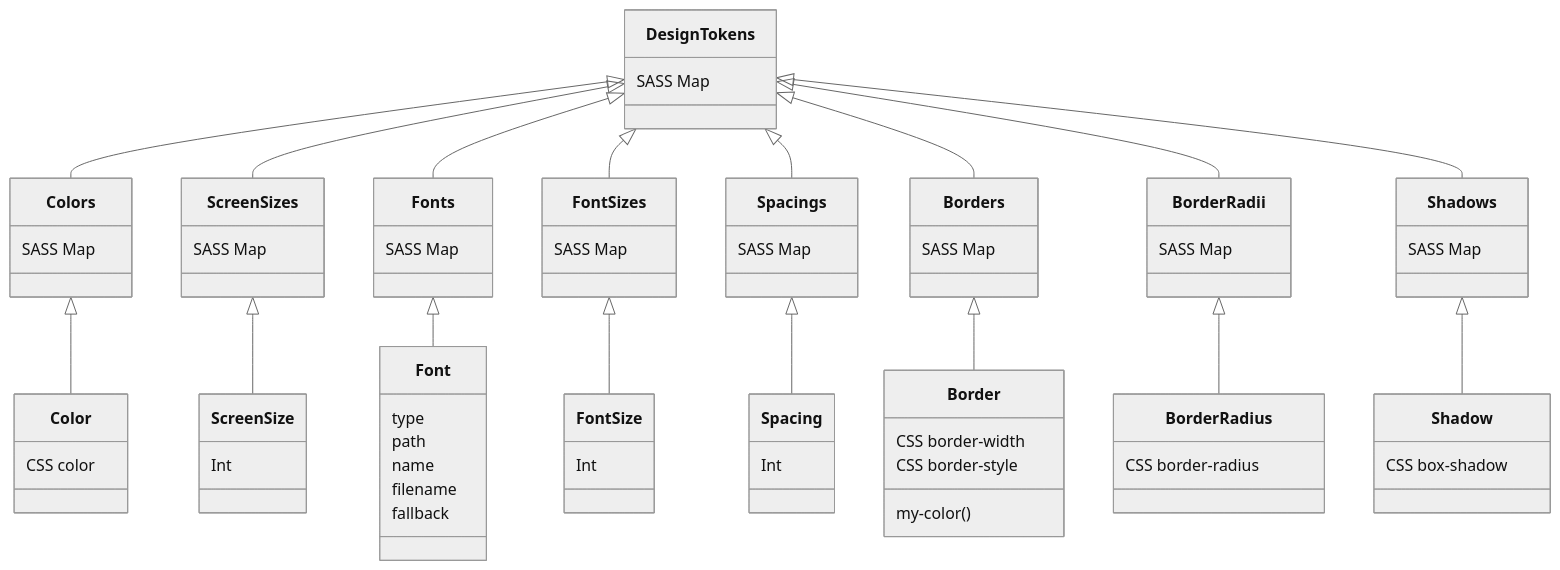
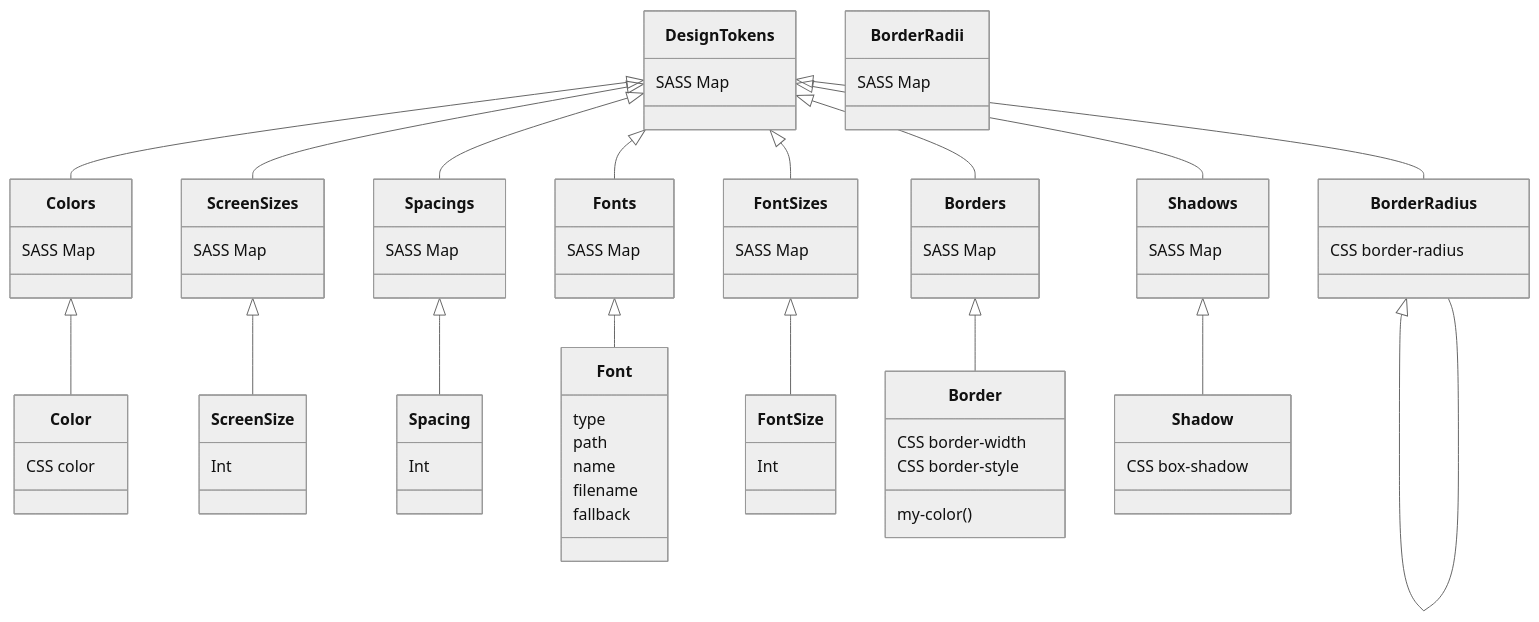
Before and after one commit to ita-design-system/.github: the second of 2 diagrams in README.md, drawn with Mermaid (neutral theme). The commit also changed other lines of this file, not shown here.

Commit message:
Update README.md
fix: typo

````diff
--- a/README.md
+++ b/README.md
@@ -131,76 +131,76 @@
 ```mermaid
 classDiagram
     DesignTokens <|-- Colors
     DesignTokens <|-- ScreenSizes
     DesignTokens <|-- Fonts
     DesignTokens <|-- FontSizes
     DesignTokens <|-- Spacings
     DesignTokens <|-- Borders
-    DesignTokens <|-- BorderRadii
+    DesignTokens <|-- BorderRadius
     DesignTokens <|-- Shadows
     Colors <|-- Color
     ScreenSizes <|-- ScreenSize
     Spacings <|-- Spacing
     Fonts <|-- Font
     FontSizes <|-- FontSize
     Borders <|-- Border
-    BorderRadii <|-- BorderRadius
+    BorderRadius <|-- BorderRadius
     Shadows <|-- Shadow
     class DesignTokens{
         SASS Map
     }
     class Colors{
         SASS Map
     }
     class Color{
         CSS color
     }
     class ScreenSizes{
         SASS Map
     }
     class ScreenSize{
         Int
     }
     class Fonts{
         SASS Map
     }
     class Font{
         type
         path
         name
         filename
         fallback
     }
     class FontSizes{
         SASS Map
     }
     class FontSize{
         Int
     }
     class Spacings{
         SASS Map
     }
     class Spacing{
         Int
     }
     class Borders{
         SASS Map
     }
     class Border{
         CSS border-width
         CSS border-style
         my-color()
     }
     class BorderRadii{
         SASS Map
     }
     class BorderRadius{
         CSS border-radius
     }
     class Shadows{
         SASS Map
     }
     class Shadow{
         CSS box-shadow
     }
 ```
````
